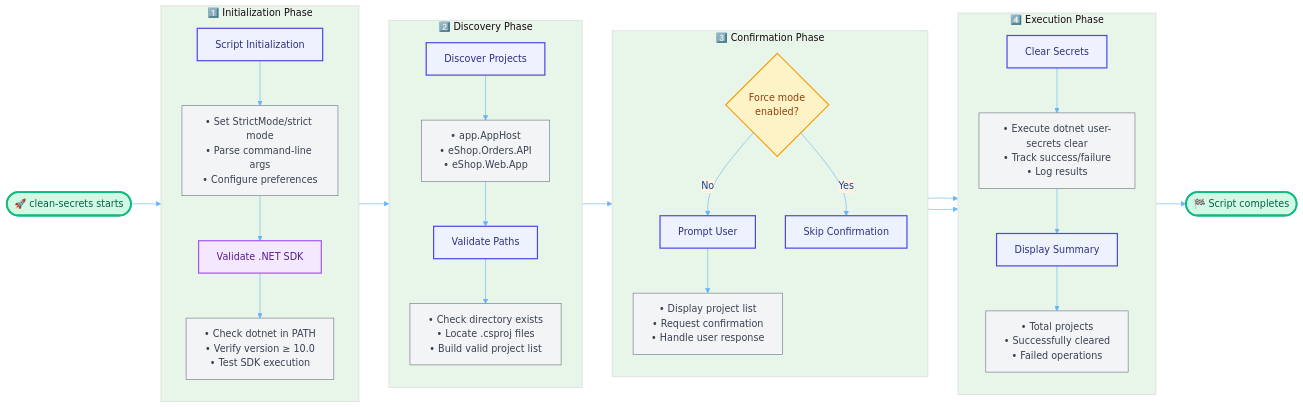
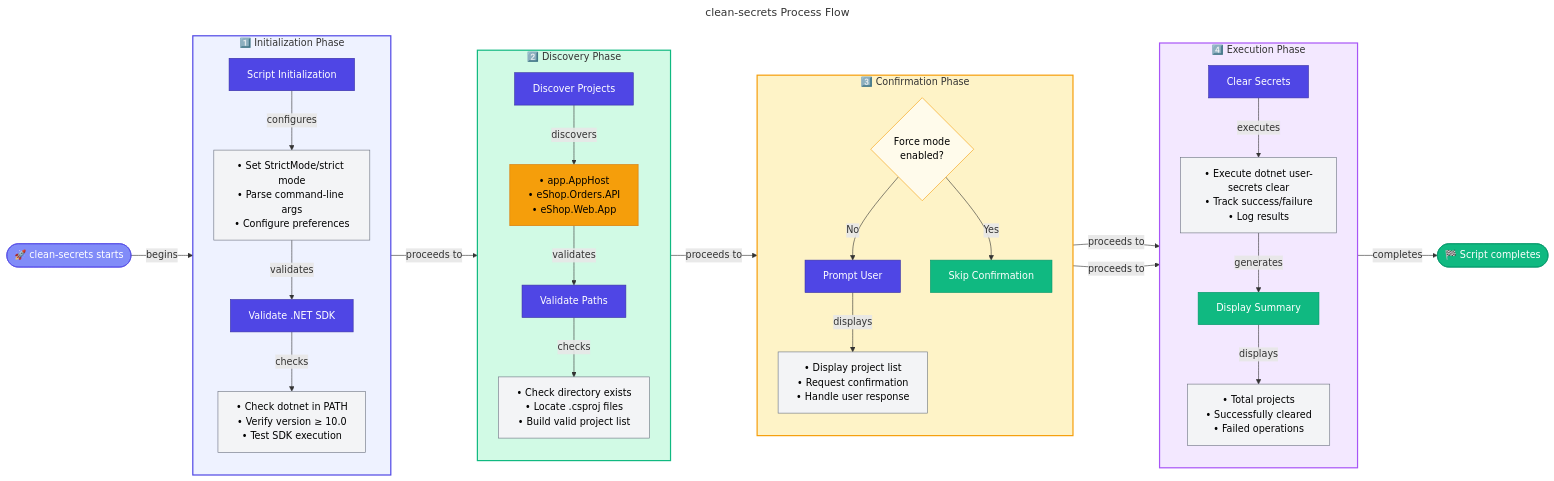
Before and after one commit to Evilazaro/Azure-LogicApps-Monitoring: the diagram in docs/hooks/clean-secrets.md, drawn with Mermaid. The commit also changed 6 other files, not shown here.

First line of the commit message:
Refactor workflow diagrams in documentation for clarity and consistency

````diff
--- a/docs/hooks/clean-secrets.md
+++ b/docs/hooks/clean-secrets.md
@@ -418,85 +418,82 @@
 ```mermaid
-%%{init: {'theme': 'base', 'themeVariables': { 'primaryColor': '#e3f2fd', 'primaryTextColor': '#0d47a1', 'primaryBorderColor': '#1976d2', 'lineColor': '#64b5f6', 'secondaryColor': '#fff3e0', 'tertiaryColor': '#e8f5e9'}}}%%
+---
+title: clean-secrets Process Flow
+---
 flowchart LR
-    %% ===================================================================
-    %% WORKFLOW: clean-secrets Process Flow
-    %% Description: Clears .NET user secrets from configured projects
-    %% ===================================================================
+    %% ===== STYLE DEFINITIONS =====
+    classDef primary fill:#4F46E5,stroke:#3730A3,color:#FFFFFF
+    classDef secondary fill:#10B981,stroke:#059669,color:#FFFFFF
+    classDef datastore fill:#F59E0B,stroke:#D97706,color:#000000
+    classDef external fill:#6B7280,stroke:#4B5563,color:#FFFFFF,stroke-dasharray: 5 5
+    classDef failed fill:#F44336,stroke:#C62828,color:#FFFFFF
+    classDef trigger fill:#818CF8,stroke:#4F46E5,color:#FFFFFF
+    classDef decision fill:#FFFBEB,stroke:#F59E0B,color:#000000
+    classDef input fill:#F3F4F6,stroke:#6B7280,color:#000000
 
-    %% --- Entry and Exit Points ---
-    Start(["🚀 clean-secrets starts"])
-    End(["🏁 Script completes"])
+    %% ===== ENTRY AND EXIT POINTS =====
+    Start(["🚀 clean-secrets starts"]):::trigger
+    End(["🏁 Script completes"]):::secondary
 
-    Start --> Initialization
+    Start -->|"begins"| Initialization
 
-    %% --- Phase 1: Initialization & Validation ---
+    %% ===== PHASE 1: INITIALIZATION & VALIDATION =====
     subgraph Initialization["1️⃣ Initialization Phase"]
         direction TB
-        Init["Script Initialization"]
-        InitDetails["• Set StrictMode/strict mode<br/>• Parse command-line args<br/>• Configure preferences"]
-        DotNet["Validate .NET SDK"]
-        DotNetDetails["• Check dotnet in PATH<br/>• Verify version ≥ 10.0<br/>• Test SDK execution"]
-        Init --> InitDetails
-        InitDetails --> DotNet
-        DotNet --> DotNetDetails
+        Init["Script Initialization"]:::primary
+        InitDetails["• Set StrictMode/strict mode<br/>• Parse command-line args<br/>• Configure preferences"]:::input
+        DotNet["Validate .NET SDK"]:::primary
+        DotNetDetails["• Check dotnet in PATH<br/>• Verify version ≥ 10.0<br/>• Test SDK execution"]:::input
+        Init -->|"configures"| InitDetails
+        InitDetails -->|"validates"| DotNet
+        DotNet -->|"checks"| DotNetDetails
     end
 
-    %% --- Phase 2: Project Discovery ---
+    %% ===== PHASE 2: PROJECT DISCOVERY =====
     subgraph Discovery["2️⃣ Discovery Phase"]
         direction TB
-        Projects["Discover Projects"]
-        ProjectDetails["• app.AppHost<br/>• eShop.Orders.API<br/>• eShop.Web.App"]
-        Validate["Validate Paths"]
-        ValidateDetails["• Check directory exists<br/>• Locate .csproj files<br/>• Build valid project list"]
-        Projects --> ProjectDetails
-        ProjectDetails --> Validate
-        Validate --> ValidateDetails
+        Projects["Discover Projects"]:::primary
+        ProjectDetails["• app.AppHost<br/>• eShop.Orders.API<br/>• eShop.Web.App"]:::datastore
+        Validate["Validate Paths"]:::primary
+        ValidateDetails["• Check directory exists<br/>• Locate .csproj files<br/>• Build valid project list"]:::input
+        Projects -->|"discovers"| ProjectDetails
+        ProjectDetails -->|"validates"| Validate
+        Validate -->|"checks"| ValidateDetails
     end
 
-    %% --- Phase 3: Confirmation ---
+    %% ===== PHASE 3: CONFIRMATION =====
     subgraph Confirmation["3️⃣ Confirmation Phase"]
         direction TB
-        CheckForce{"Force mode<br/>enabled?"}
-        Prompt["Prompt User"]
-        PromptDetails["• Display project list<br/>• Request confirmation<br/>• Handle user response"]
-        Skip["Skip Confirmation"]
+        CheckForce{"Force mode<br/>enabled?"}:::decision
+        Prompt["Prompt User"]:::primary
+        PromptDetails["• Display project list<br/>• Request confirmation<br/>• Handle user response"]:::input
+        Skip["Skip Confirmation"]:::secondary
         CheckForce -->|"No"| Prompt
         CheckForce -->|"Yes"| Skip
-        Prompt --> PromptDetails
+        Prompt -->|"displays"| PromptDetails
     end
 
-    %% --- Phase 4: Execution ---
+    %% ===== PHASE 4: EXECUTION =====
     subgraph Execution["4️⃣ Execution Phase"]
         direction TB
-        Clear["Clear Secrets"]
-        ClearDetails["• Execute dotnet user-secrets clear<br/>• Track success/failure<br/>• Log results"]
-        Summary["Display Summary"]
-        SummaryDetails["• Total projects<br/>• Successfully cleared<br/>• Failed operations"]
-        Clear --> ClearDetails
-        ClearDetails --> Summary
-        Summary --> SummaryDetails
+        Clear["Clear Secrets"]:::primary
+        ClearDetails["• Execute dotnet user-secrets clear<br/>• Track success/failure<br/>• Log results"]:::input
+        Summary["Display Summary"]:::secondary
+        SummaryDetails["• Total projects<br/>• Successfully cleared<br/>• Failed operations"]:::input
+        Clear -->|"executes"| ClearDetails
+        ClearDetails -->|"generates"| Summary
+        Summary -->|"displays"| SummaryDetails
     end
 
-    %% --- Flow Connections ---
-    Initialization --> Discovery
-    Discovery --> Confirmation
-    PromptDetails --> Execution
-    Skip --> Execution
-    SummaryDetails --> End
+    %% ===== FLOW CONNECTIONS =====
+    Initialization -->|"proceeds to"| Discovery
+    Discovery -->|"proceeds to"| Confirmation
+    PromptDetails -->|"proceeds to"| Execution
+    Skip -->|"proceeds to"| Execution
+    SummaryDetails -->|"completes"| End
 
-    %% --- Style Definitions ---
-    %% Color palette follows modern WCAG AA compliant guidelines
-    %% Green: Success | Indigo: Process | Gray: Detail | Amber: Decision | Purple: .NET
-    classDef startEndStyle fill:#D1FAE5,stroke:#10B981,stroke-width:3px,color:#065F46
-    classDef processStyle fill:#EEF2FF,stroke:#4F46E5,stroke-width:2px,color:#312E81
-    classDef detailStyle fill:#F3F4F6,stroke:#6B7280,stroke-width:1px,color:#374151
-    classDef decisionStyle fill:#FEF3C7,stroke:#F59E0B,stroke-width:2px,color:#92400E
-    classDef dotnetStyle fill:#F3E8FF,stroke:#A855F7,stroke-width:2px,color:#581C87
-
-    %% --- Apply Styles ---
-    class Start,End startEndStyle
-    class Init,Projects,Validate,Prompt,Skip,Clear,Summary processStyle
-    class InitDetails,DotNetDetails,ProjectDetails,ValidateDetails,PromptDetails,ClearDetails,SummaryDetails detailStyle
-    class CheckForce decisionStyle
-    class DotNet dotnetStyle
+    %% ===== SUBGRAPH STYLES =====
+    style Initialization fill:#EEF2FF,stroke:#4F46E5,stroke-width:2px
+    style Discovery fill:#D1FAE5,stroke:#10B981,stroke-width:2px
+    style Confirmation fill:#FEF3C7,stroke:#F59E0B,stroke-width:2px
+    style Execution fill:#F3E8FF,stroke:#A855F7,stroke-width:2px
 ```
````
